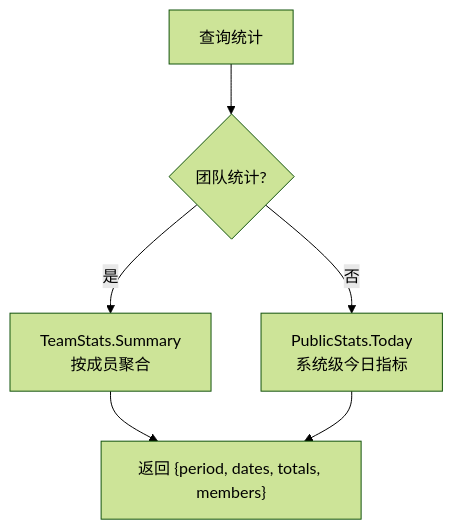
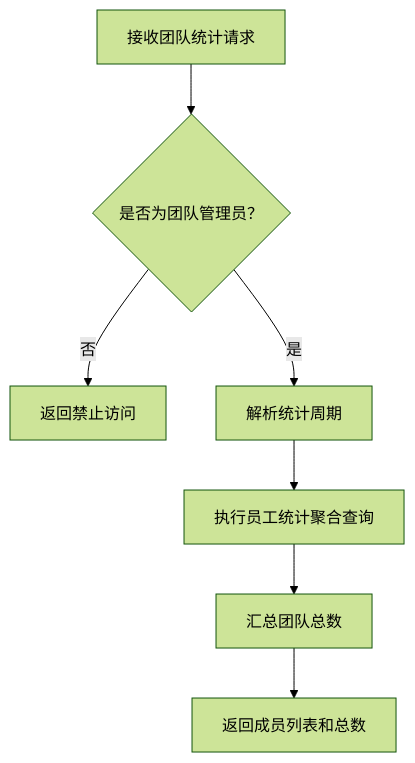
One commit to alvinwangzi/goodhr changed the fifth of 6 diagrams in .qoder/repowiki/zh/content/API接口文档/云端REST API/岗位管理API/岗位监控查询接口.md. Above: the diagram before and after it, drawn with Mermaid (forest theme). The commit also changed other lines of this file and 149 other files, not shown here.

````diff
--- a/.qoder/repowiki/zh/content/API接口文档/云端REST API/岗位管理API/岗位监控查询接口.md
+++ b/.qoder/repowiki/zh/content/API接口文档/云端REST API/岗位管理API/岗位监控查询接口.md
@@ -213,8 +354,9 @@
 ```mermaid
 flowchart TD
-Q["查询统计"] --> T{"团队统计?"}
-T --> |是| TS["TeamStats.Summary<br/>按成员聚合"]
-T --> |否| PS["PublicStats.Today<br/>系统级今日指标"]
-TS --> R["返回 {period, dates, totals, members}"]
-PS --> R
+Start["接收团队统计请求"] --> CheckAuth{"是否为团队管理员？"}
+CheckAuth --> |否| ReturnForbidden["返回禁止访问"]
+CheckAuth --> |是| ResolvePeriod["解析统计周期"]
+ResolvePeriod --> QueryDB["执行员工统计聚合查询"]
+QueryDB --> AggregateTotals["汇总团队总数"]
+AggregateTotals --> ReturnStats["返回成员列表和总数"]
 ```
````
